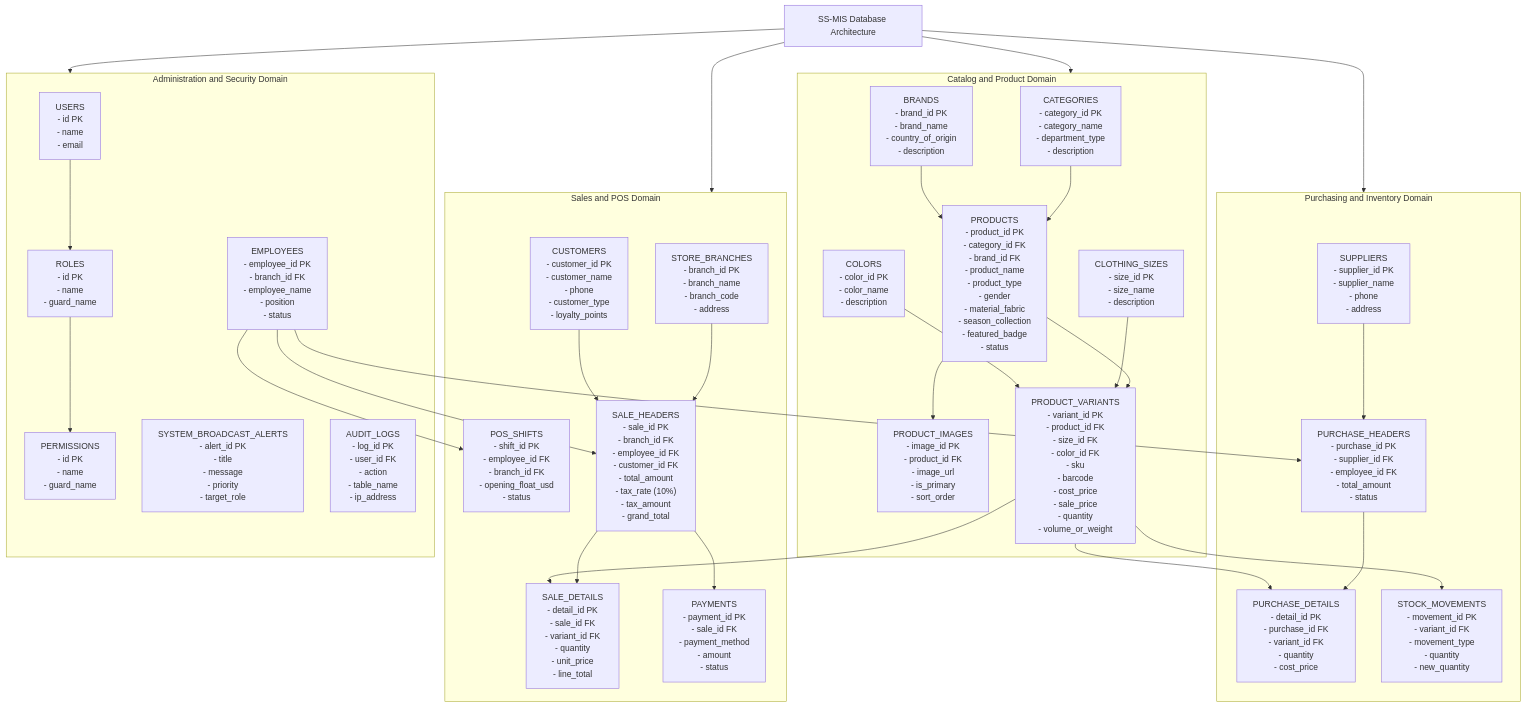
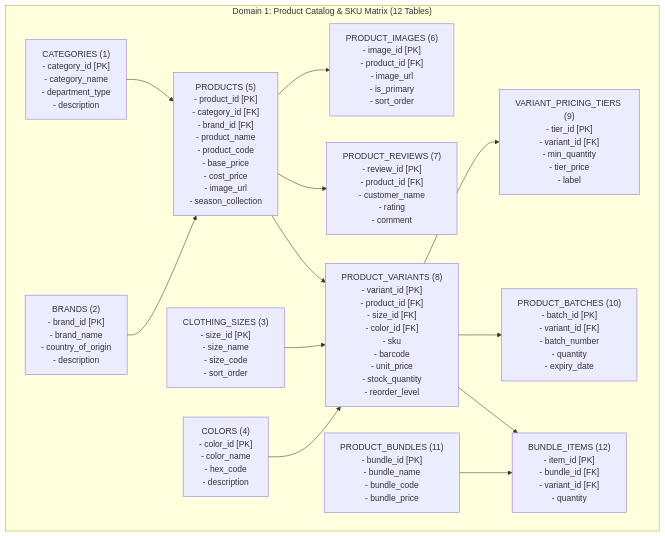
One commit to SNPCodeLab/outfit-shop-api changed the second of 7 diagrams in README.md. Above: the diagram before and after it, drawn with Mermaid. The commit also changed other lines of this file and 8 other files, not shown here.

Commit message:
docs: add complete 48-table mindmap diagrams to README and 100% Postman collection suite for local and production

````diff
--- a/README.md
+++ b/README.md
@@ -19,68 +83,34 @@
 ```mermaid
 flowchart TB
-    root["SS-MIS Database Architecture"]
-
-    subgraph D1["Catalog and Product Domain"]
-        CATEGORIES["CATEGORIES<br/>- category_id PK<br/>- category_name<br/>- department_type<br/>- description"]
-        BRANDS["BRANDS<br/>- brand_id PK<br/>- brand_name<br/>- country_of_origin<br/>- description"]
-        PRODUCTS["PRODUCTS<br/>- product_id PK<br/>- category_id FK<br/>- brand_id FK<br/>- product_name<br/>- product_type<br/>- gender<br/>- material_fabric<br/>- season_collection<br/>- featured_badge<br/>- status"]
-        PRODUCT_IMAGES["PRODUCT_IMAGES<br/>- image_id PK<br/>- product_id FK<br/>- image_url<br/>- is_primary<br/>- sort_order"]
-        CLOTHING_SIZES["CLOTHING_SIZES<br/>- size_id PK<br/>- size_name<br/>- description"]
-        COLORS["COLORS<br/>- color_id PK<br/>- color_name<br/>- description"]
-        PRODUCT_VARIANTS["PRODUCT_VARIANTS<br/>- variant_id PK<br/>- product_id FK<br/>- size_id FK<br/>- color_id FK<br/>- sku<br/>- barcode<br/>- cost_price<br/>- sale_price<br/>- quantity<br/>- volume_or_weight"]
+    subgraph D1["Domain 1: Product Catalog & SKU Matrix (12 Tables)"]
+        CATEGORIES["CATEGORIES (1)<br/>- category_id [PK]<br/>- category_name<br/>- department_type<br/>- description"]
+        BRANDS["BRANDS (2)<br/>- brand_id [PK]<br/>- brand_name<br/>- country_of_origin<br/>- description"]
+        CLOTHING_SIZES["CLOTHING_SIZES (3)<br/>- size_id [PK]<br/>- size_name<br/>- size_code<br/>- sort_order"]
+        COLORS["COLORS (4)<br/>- color_id [PK]<br/>- color_name<br/>- hex_code<br/>- description"]
+        
+        PRODUCTS["PRODUCTS (5)<br/>- product_id [PK]<br/>- category_id [FK]<br/>- brand_id [FK]<br/>- product_name<br/>- product_code<br/>- base_price<br/>- cost_price<br/>- image_url<br/>- season_collection"]
+        
+        PRODUCT_IMAGES["PRODUCT_IMAGES (6)<br/>- image_id [PK]<br/>- product_id [FK]<br/>- image_url<br/>- is_primary<br/>- sort_order"]
+        PRODUCT_REVIEWS["PRODUCT_REVIEWS (7)<br/>- review_id [PK]<br/>- product_id [FK]<br/>- customer_name<br/>- rating<br/>- comment"]
+        
+        PRODUCT_VARIANTS["PRODUCT_VARIANTS (8)<br/>- variant_id [PK]<br/>- product_id [FK]<br/>- size_id [FK]<br/>- color_id [FK]<br/>- sku<br/>- barcode<br/>- unit_price<br/>- stock_quantity<br/>- reorder_level"]
+        
+        VARIANT_PRICING_TIERS["VARIANT_PRICING_TIERS (9)<br/>- tier_id [PK]<br/>- variant_id [FK]<br/>- min_quantity<br/>- tier_price<br/>- label"]
+        PRODUCT_BATCHES["PRODUCT_BATCHES (10)<br/>- batch_id [PK]<br/>- variant_id [FK]<br/>- batch_number<br/>- quantity<br/>- expiry_date"]
+        
+        PRODUCT_BUNDLES["PRODUCT_BUNDLES (11)<br/>- bundle_id [PK]<br/>- bundle_name<br/>- bundle_code<br/>- bundle_price"]
+        BUNDLE_ITEMS["BUNDLE_ITEMS (12)<br/>- item_id [PK]<br/>- bundle_id [FK]<br/>- variant_id [FK]<br/>- quantity"]
     end
-
-    subgraph D2["Sales and POS Domain"]
-        STORE_BRANCHES["STORE_BRANCHES<br/>- branch_id PK<br/>- branch_name<br/>- branch_code<br/>- address"]
-        CUSTOMERS["CUSTOMERS<br/>- customer_id PK<br/>- customer_name<br/>- phone<br/>- customer_type<br/>- loyalty_points"]
-        POS_SHIFTS["POS_SHIFTS<br/>- shift_id PK<br/>- employee_id FK<br/>- branch_id FK<br/>- opening_float_usd<br/>- status"]
-        SALE_HEADERS["SALE_HEADERS<br/>- sale_id PK<br/>- branch_id FK<br/>- employee_id FK<br/>- customer_id FK<br/>- total_amount<br/>- tax_rate (10%)<br/>- tax_amount<br/>- grand_total"]
-        SALE_DETAILS["SALE_DETAILS<br/>- detail_id PK<br/>- sale_id FK<br/>- variant_id FK<br/>- quantity<br/>- unit_price<br/>- line_total"]
-        PAYMENTS["PAYMENTS<br/>- payment_id PK<br/>- sale_id FK<br/>- payment_method<br/>- amount<br/>- status"]
-    end
-
-    subgraph D3["Purchasing and Inventory Domain"]
-        SUPPLIERS["SUPPLIERS<br/>- supplier_id PK<br/>- supplier_name<br/>- phone<br/>- address"]
-        PURCHASE_HEADERS["PURCHASE_HEADERS<br/>- purchase_id PK<br/>- supplier_id FK<br/>- employee_id FK<br/>- total_amount<br/>- status"]
-        PURCHASE_DETAILS["PURCHASE_DETAILS<br/>- detail_id PK<br/>- purchase_id FK<br/>- variant_id FK<br/>- quantity<br/>- cost_price"]
-        STOCK_MOVEMENTS["STOCK_MOVEMENTS<br/>- movement_id PK<br/>- variant_id FK<br/>- movement_type<br/>- quantity<br/>- new_quantity"]
-    end
-
-    subgraph D4["Administration and Security Domain"]
-        USERS["USERS<br/>- id PK<br/>- name<br/>- email"]
-        ROLES["ROLES<br/>- id PK<br/>- name<br/>- guard_name"]
-        PERMISSIONS["PERMISSIONS<br/>- id PK<br/>- name<br/>- guard_name"]
-        EMPLOYEES["EMPLOYEES<br/>- employee_id PK<br/>- branch_id FK<br/>- employee_name<br/>- position<br/>- status"]
-        SYSTEM_BROADCAST_ALERTS["SYSTEM_BROADCAST_ALERTS<br/>- alert_id PK<br/>- title<br/>- message<br/>- priority<br/>- target_role"]
-        AUDIT_LOGS["AUDIT_LOGS<br/>- log_id PK<br/>- user_id FK<br/>- action<br/>- table_name<br/>- ip_address"]
-    end
-
-    root --> D1
-    root --> D2
-    root --> D3
-    root --> D4
 
     CATEGORIES --> PRODUCTS
     BRANDS --> PRODUCTS
+    PRODUCTS --> PRODUCT_IMAGES
+    PRODUCTS --> PRODUCT_REVIEWS
     PRODUCTS --> PRODUCT_VARIANTS
-    PRODUCTS --> PRODUCT_IMAGES
     CLOTHING_SIZES --> PRODUCT_VARIANTS
     COLORS --> PRODUCT_VARIANTS
-
-    STORE_BRANCHES --> SALE_HEADERS
-    CUSTOMERS --> SALE_HEADERS
-    EMPLOYEES --> SALE_HEADERS
-    SALE_HEADERS --> SALE_DETAILS
-    SALE_HEADERS --> PAYMENTS
-    PRODUCT_VARIANTS --> SALE_DETAILS
-
-    SUPPLIERS --> PURCHASE_HEADERS
-    EMPLOYEES --> PURCHASE_HEADERS
-    PURCHASE_HEADERS --> PURCHASE_DETAILS
-    PRODUCT_VARIANTS --> PURCHASE_DETAILS
-    PRODUCT_VARIANTS --> STOCK_MOVEMENTS
-
-    USERS --> ROLES
-    ROLES --> PERMISSIONS
-    EMPLOYEES --> POS_SHIFTS
+    PRODUCT_VARIANTS --> VARIANT_PRICING_TIERS
+    PRODUCT_VARIANTS --> PRODUCT_BATCHES
+    PRODUCT_BUNDLES --> BUNDLE_ITEMS
+    PRODUCT_VARIANTS --> BUNDLE_ITEMS
 ```
````
